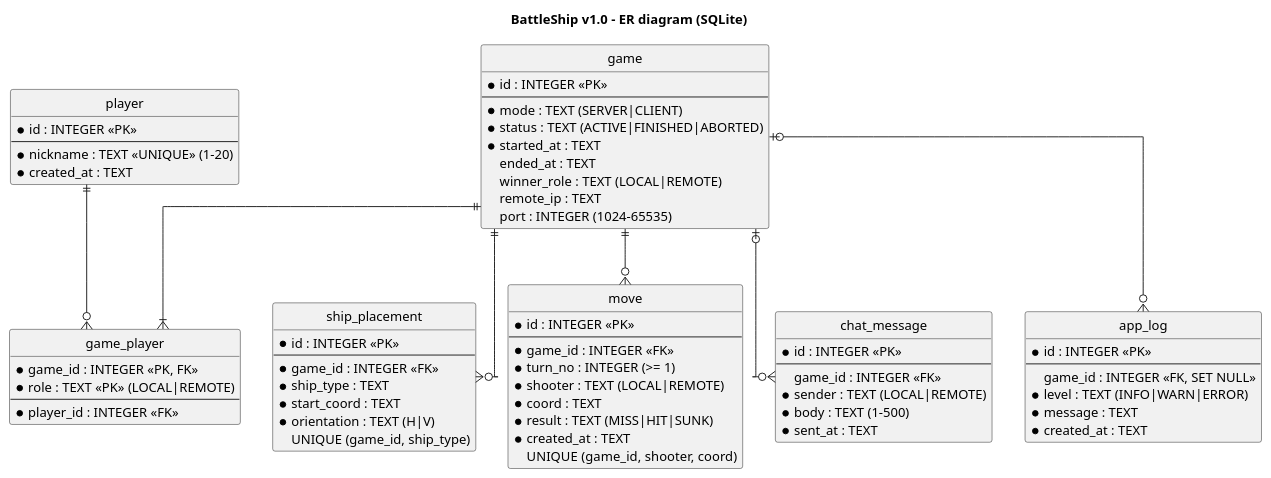
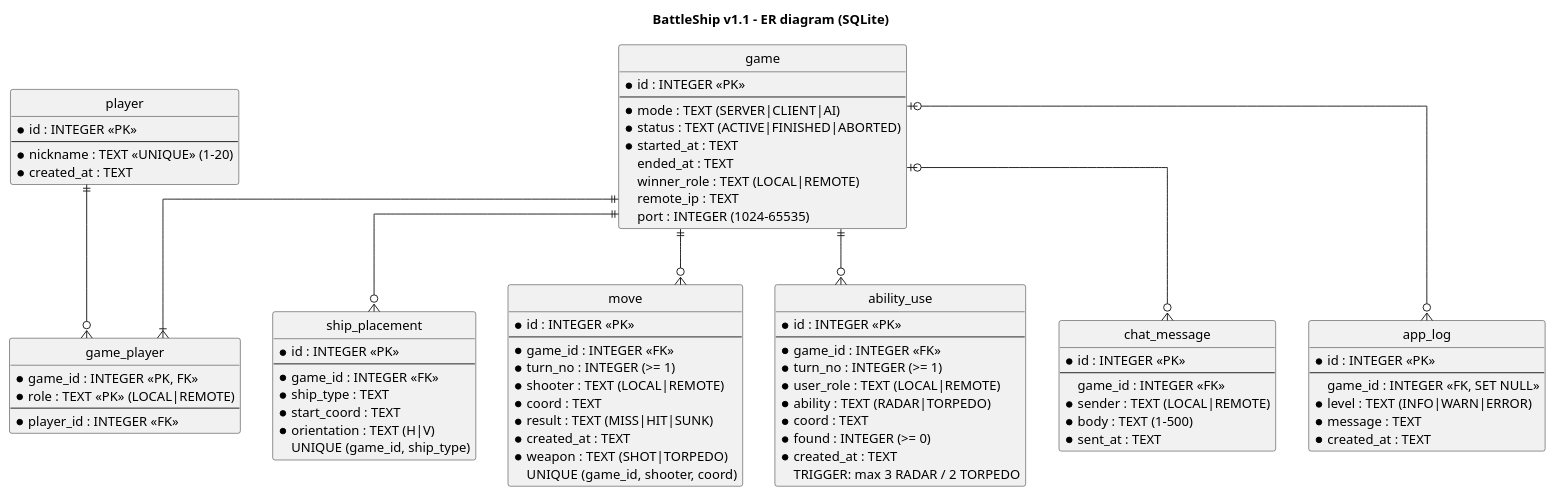
One commit to okantao/vurgahpeyi changed the diagram in docs/diagrams/er.puml. Above: the diagram before and after it, drawn with PlantUML. The commit also changed 16 other files, not shown here.

Commit message:
docs: describe computer opponent, radar, torpedo and new UI (v1.1)

```diff
--- a/docs/diagrams/er.puml
+++ b/docs/diagrams/er.puml
@@ -1,78 +1,93 @@
 @startuml er
-title BattleShip v1.0 - ER diagram (SQLite)
+title BattleShip v1.1 - ER diagram (SQLite)
 hide circle
 skinparam linetype ortho
 
 entity player {
   * id : INTEGER <<PK>>
   --
   * nickname : TEXT <<UNIQUE>> (1-20)
   * created_at : TEXT
 }
 
 entity game {
   * id : INTEGER <<PK>>
   --
-  * mode : TEXT (SERVER|CLIENT)
+  * mode : TEXT (SERVER|CLIENT|AI)
   * status : TEXT (ACTIVE|FINISHED|ABORTED)
   * started_at : TEXT
   ended_at : TEXT
   winner_role : TEXT (LOCAL|REMOTE)
   remote_ip : TEXT
   port : INTEGER (1024-65535)
 }
 
 entity game_player {
   * game_id : INTEGER <<PK, FK>>
   * role : TEXT <<PK>> (LOCAL|REMOTE)
   --
   * player_id : INTEGER <<FK>>
 }
 
 entity ship_placement {
   * id : INTEGER <<PK>>
   --
   * game_id : INTEGER <<FK>>
   * ship_type : TEXT
   * start_coord : TEXT
   * orientation : TEXT (H|V)
   UNIQUE (game_id, ship_type)
 }
 
 entity move {
   * id : INTEGER <<PK>>
   --
   * game_id : INTEGER <<FK>>
   * turn_no : INTEGER (>= 1)
   * shooter : TEXT (LOCAL|REMOTE)
   * coord : TEXT
   * result : TEXT (MISS|HIT|SUNK)
   * created_at : TEXT
+  * weapon : TEXT (SHOT|TORPEDO)
   UNIQUE (game_id, shooter, coord)
+}
+
+entity ability_use {
+  * id : INTEGER <<PK>>
+  --
+  * game_id : INTEGER <<FK>>
+  * turn_no : INTEGER (>= 1)
+  * user_role : TEXT (LOCAL|REMOTE)
+  * ability : TEXT (RADAR|TORPEDO)
+  * coord : TEXT
+  * found : INTEGER (>= 0)
+  * created_at : TEXT
+  TRIGGER: max 3 RADAR / 2 TORPEDO
 }
 
 entity chat_message {
   * id : INTEGER <<PK>>
   --
   game_id : INTEGER <<FK>>
   * sender : TEXT (LOCAL|REMOTE)
   * body : TEXT (1-500)
   * sent_at : TEXT
 }
 
 entity app_log {
   * id : INTEGER <<PK>>
   --
   game_id : INTEGER <<FK, SET NULL>>
   * level : TEXT (INFO|WARN|ERROR)
   * message : TEXT
   * created_at : TEXT
 }
 
 player ||--o{ game_player
 game ||--|{ game_player
 game ||--o{ ship_placement
 game ||--o{ move
+game ||--o{ ability_use
 game |o--o{ chat_message
 game |o--o{ app_log
 @enduml
```
